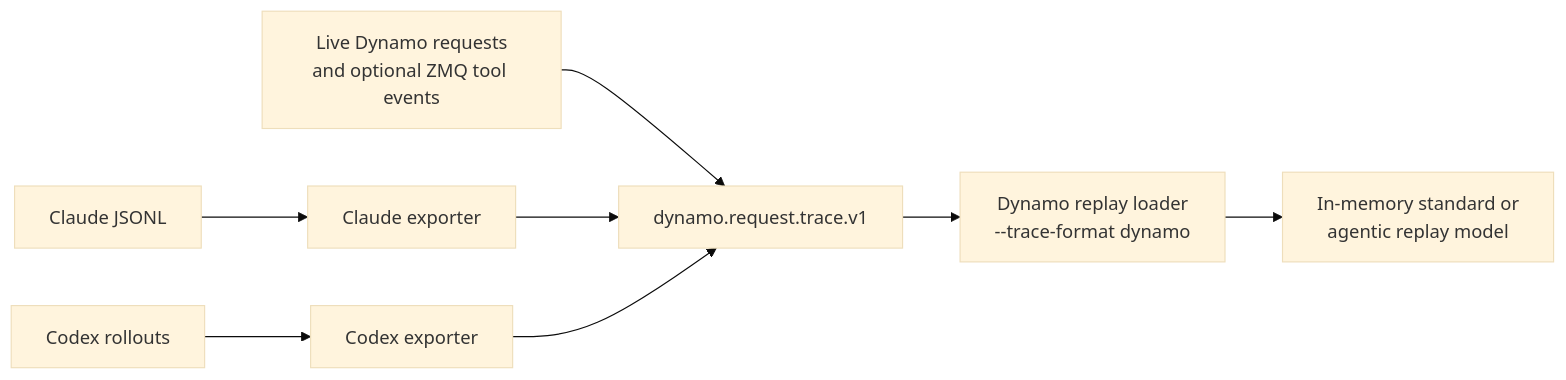
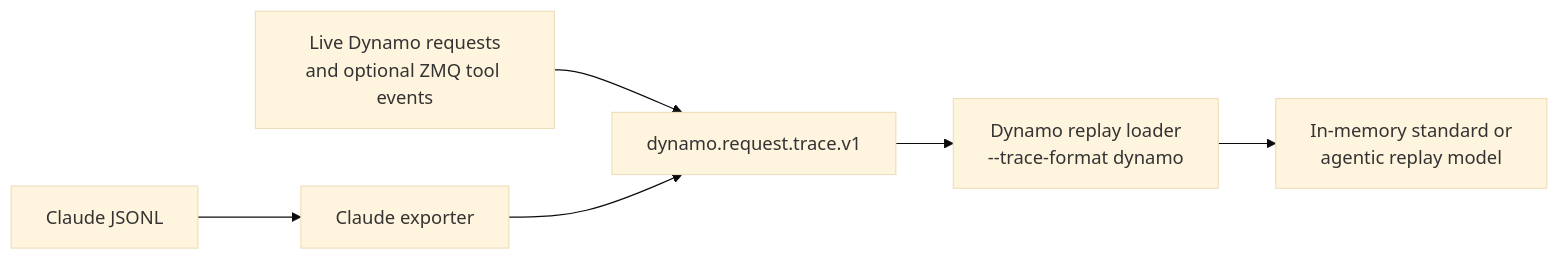
One commit to githubgxll/dynamo changed the diagram in lib/bench/coding/README.md. Above: the diagram before and after it, drawn with Mermaid (base theme). The commit also changed other lines of this file and 6602 other files, not shown here.

````diff
--- a/lib/bench/coding/README.md
+++ b/lib/bench/coding/README.md
@@ -168,10 +104,8 @@
 ```mermaid
 flowchart LR
     A["Claude JSONL"] --> B["Claude exporter"]
-    G["Codex rollouts"] --> H["Codex exporter"]
     D["Live Dynamo requests<br/>and optional ZMQ tool events"] --> C["dynamo.request.trace.v1"]
     B --> C
-    H --> C
     C --> E["Dynamo replay loader<br/>--trace-format dynamo"]
     E --> F["In-memory standard or<br/>agentic replay model"]
 ```
````
